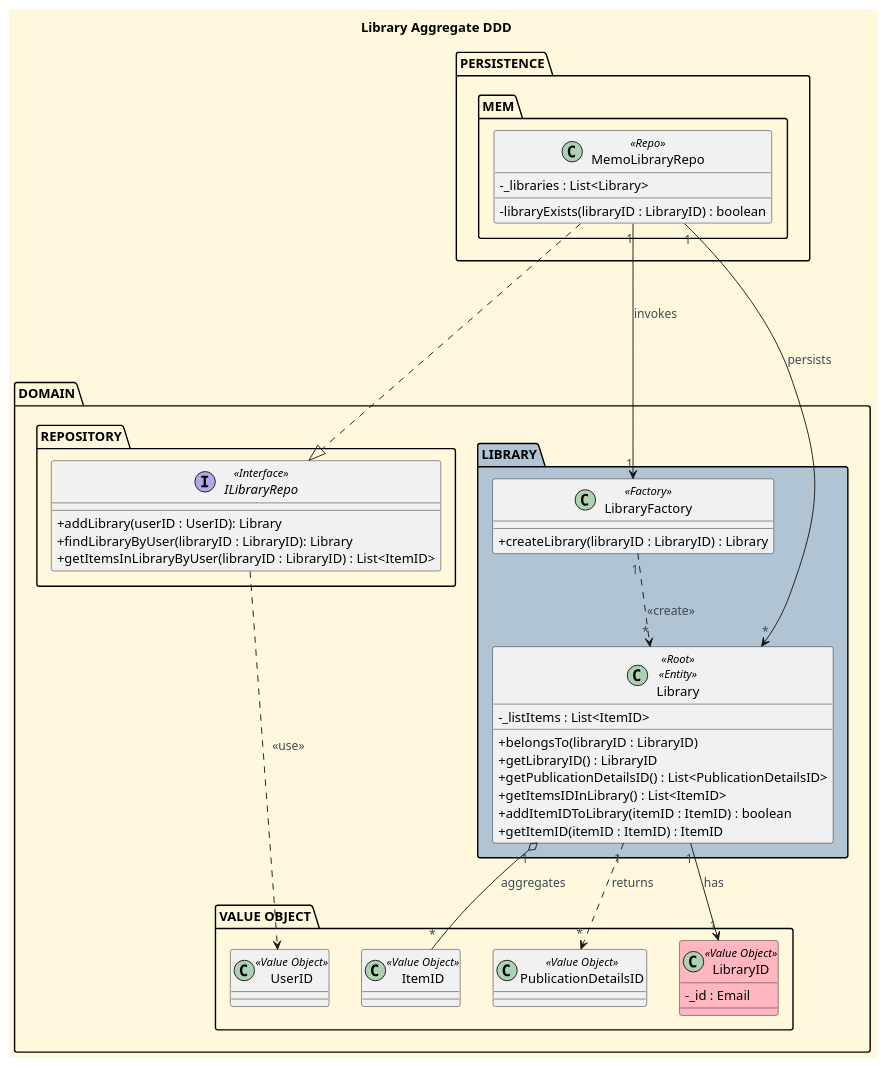
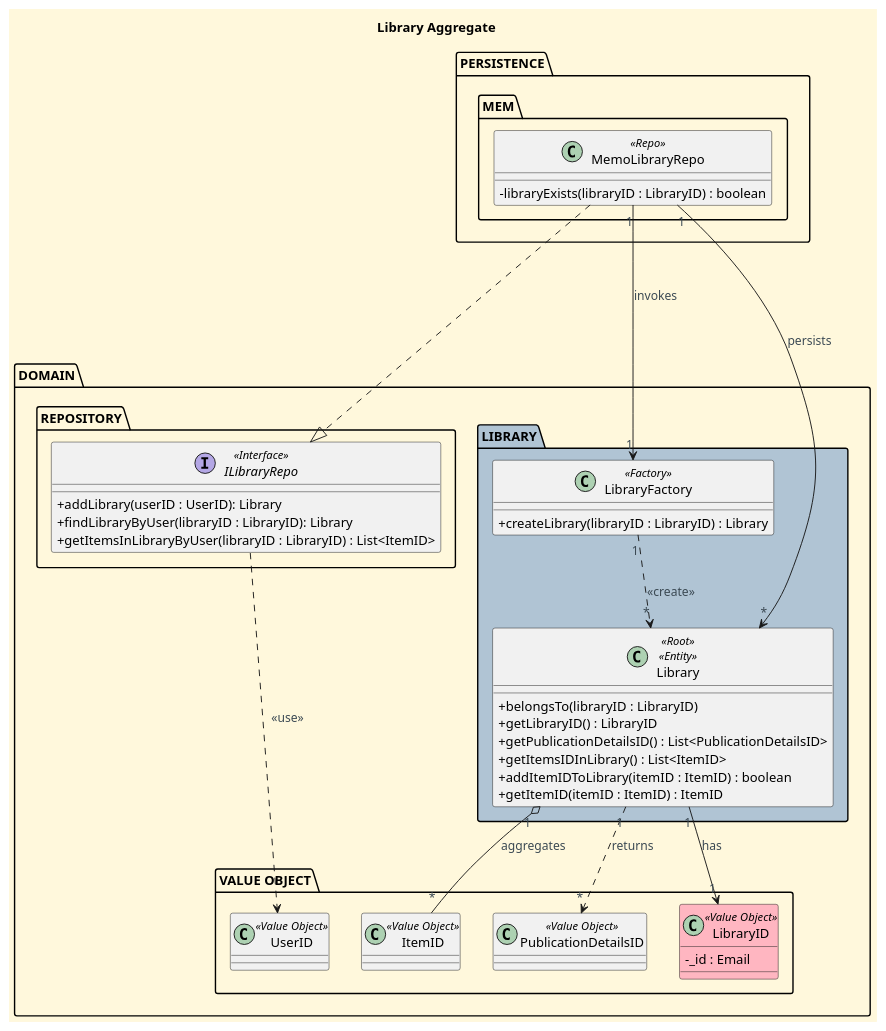
The diagram in docs/aggregatesDiagrams/Library.puml (CarolinaLeite-collab/JavaMarketplacePlatform), drawn with PlantUML before and after one commit.

Commit message:
docs: fixed class arguments, refs #462

```diff
--- a/docs/aggregatesDiagrams/Library.puml
+++ b/docs/aggregatesDiagrams/Library.puml
@@ -1,94 +1,94 @@
 @startuml
 'https://plantuml.com/class-diagram
-title Library Aggregate DDD
+title Library Aggregate
 
 '==== basic style ====
 skinparam monochrome false
 skinparam shadowing false
 skinparam defaultFontName Futura
 skinparam objectFontSize 20
 skinparam backgroundColor CornSilk
 skinparam objectBackgroundColor WhiteSmoke
 skinparam noteBackgroundColor #FFFFE0
 skinparam ArrowFontColor #3B4953
 skinparam ActivationBackgroundColor black
 skinparam classAttributeIconSize 0
 
 top to bottom direction
 
 package "PERSISTENCE" {
 
     package "MEM" {
 
         class MemoLibraryRepo <<Repo>> {
 
-        - _libraries : List<Library>
+'        - _libraries : List<Library>
         - libraryExists(libraryID : LibraryID) : boolean
         }
 
     }
 }
 
 package "DOMAIN" {
 
 package "REPOSITORY" {
 
     interface ILibraryRepo <<Interface>> {
     + addLibrary(userID : UserID): Library
     + findLibraryByUser(libraryID : LibraryID): Library
     + getItemsInLibraryByUser(libraryID : LibraryID) : List<ItemID>
     }
 
 }
 
 package "VALUE OBJECT" {
 
     class LibraryID <<Value Object>> #LightPink {
     - _id : Email
     }
     class ItemID <<Value Object>> {}
     class PublicationDetailsID <<Value Object>> {}
     class UserID <<Value Object>>
 
 }
 
 package "LIBRARY" #b0c4d4 {
 
     class Library <<Root>> <<Entity>> {
-      - _listItems : List<ItemID>
+'      - _listItems : List<ItemID>
       + belongsTo(libraryID : LibraryID)
       + getLibraryID() : LibraryID
       + getPublicationDetailsID() : List<PublicationDetailsID>
       + getItemsIDInLibrary() : List<ItemID>
       + addItemIDToLibrary(itemID : ItemID) : boolean
       + getItemID(itemID : ItemID) : ItemID
     }
 
     class LibraryFactory <<Factory>> {
     + createLibrary(libraryID : LibraryID) : Library
     }
 
 }
 
 }
 
 
 
 
 MemoLibraryRepo ...|> ILibraryRepo
 MemoLibraryRepo "1" --> "1" LibraryFactory : invokes
 
 MemoLibraryRepo "1" --> "*" Library : persists
 
 Library "1" --> "1" LibraryID: has
 Library "1" o-- "*" ItemID: aggregates
 Library "1" ..> "*" PublicationDetailsID: returns
 
 LibraryFactory "1" ..> "*" Library: <<create>>
 
 ILibraryRepo ...> UserID : <<use>>
 
 'ILibraryRepo "1" ..> "*" Library: manages
 'ILibraryRepo "1" ..> "*" LibraryID: uses
 
 @enduml
```
